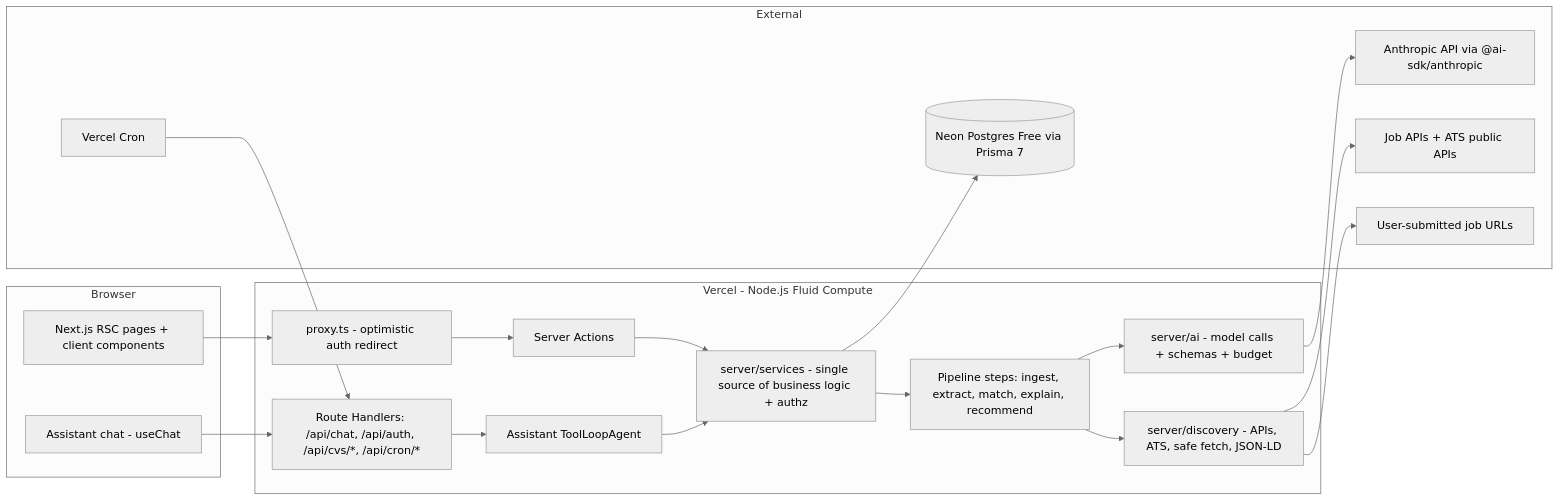
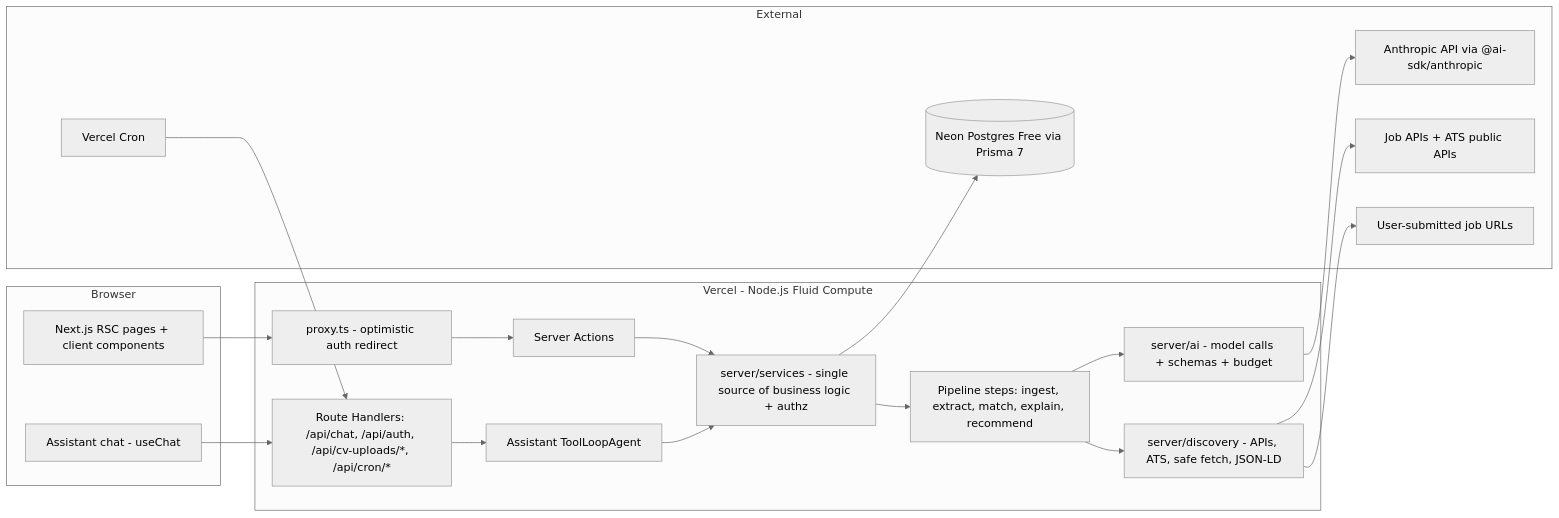
One commit to Dmitry-Ignatiev/work-seeker changed the first of 4 diagrams in docs/architecture-plan.md. Above: the diagram before and after it, drawn with Mermaid (neutral theme). The commit also changed other lines of this file and 8 other files, not shown here.

First line of the commit message:
fix(deploy): rename the cvs route folders so Vercel uploads them

````diff
--- a/docs/architecture-plan.md
+++ b/docs/architecture-plan.md
@@ -74,34 +74,34 @@
 ```mermaid
 flowchart LR
   subgraph Client["Browser"]
     UI["Next.js RSC pages + client components"]
     Chat["Assistant chat - useChat"]
   end
 
   subgraph Vercel["Vercel - Node.js Fluid Compute"]
     Proxy["proxy.ts - optimistic auth redirect"]
     SA["Server Actions"]
-    RH["Route Handlers: /api/chat, /api/auth, /api/cvs/*, /api/cron/*"]
+    RH["Route Handlers: /api/chat, /api/auth, /api/cv-uploads/*, /api/cron/*"]
     SVC["server/services - single source of business logic + authz"]
     PIPE["Pipeline steps: ingest, extract, match, explain, recommend"]
     AG["Assistant ToolLoopAgent"]
     AI["server/ai - model calls + schemas + budget"]
     DISC["server/discovery - APIs, ATS, safe fetch, JSON-LD"]
   end
 
   subgraph External
     GW["Anthropic API via @ai-sdk/anthropic"]
     PG[("Neon Postgres Free via Prisma 7")]
     JOBAPI["Job APIs + ATS public APIs"]
     WEB["User-submitted job URLs"]
     CRON["Vercel Cron"]
   end
 
   UI --> Proxy --> SA --> SVC
   Chat --> RH --> AG --> SVC
   CRON --> RH
   SVC --> PIPE --> AI --> GW
   PIPE --> DISC --> JOBAPI
   DISC --> WEB
   SVC --> PG
 ```
````
